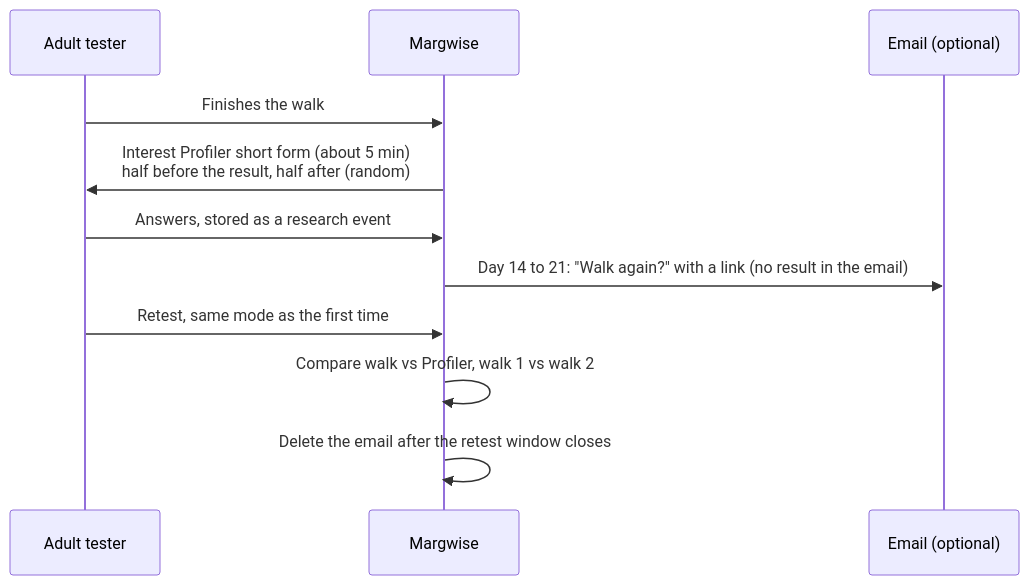
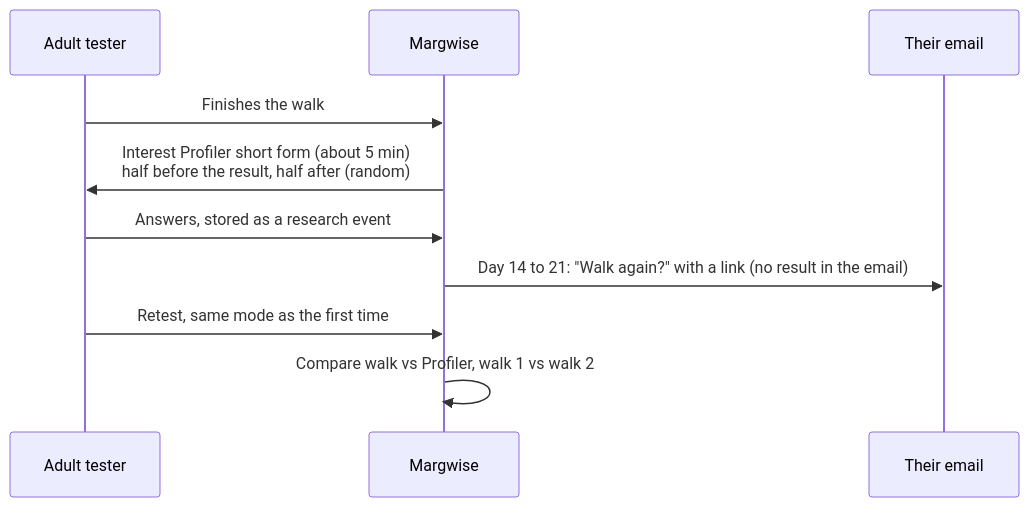
The second of 2 diagrams in docs/ADULT_WORKFLOWS.md (AnoopkumarNair/MargWise), drawn with Mermaid before and after one commit. The commit also changed other lines of this file and 1 other file, not shown here.

First line of the commit message:
Adult track: verified email sign-in, settled decisions

````diff
--- a/docs/ADULT_WORKFLOWS.md
+++ b/docs/ADULT_WORKFLOWS.md
@@ -139,13 +156,12 @@
 ```mermaid
 sequenceDiagram
   participant U as Adult tester
   participant A as Margwise
-  participant E as Email (optional)
+  participant E as Their email
   U->>A: Finishes the walk
   A->>U: Interest Profiler short form (about 5 min)<br/>half before the result, half after (random)
   U->>A: Answers, stored as a research event
   A->>E: Day 14 to 21: "Walk again?" with a link (no result in the email)
   U->>A: Retest, same mode as the first time
   A->>A: Compare walk vs Profiler, walk 1 vs walk 2
-  A->>A: Delete the email after the retest window closes
 ```
````
